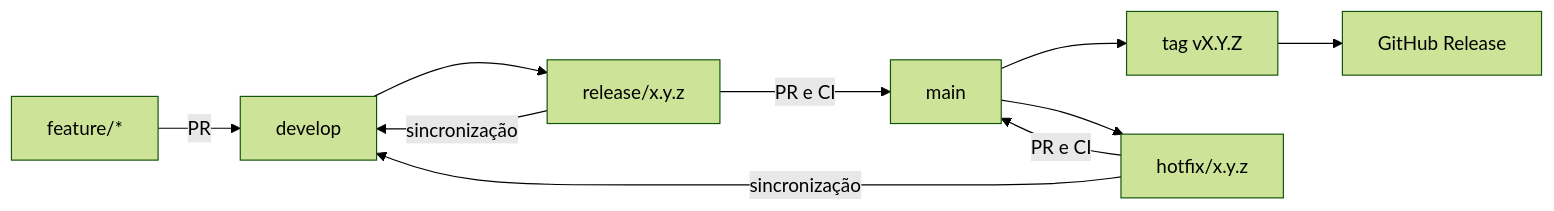
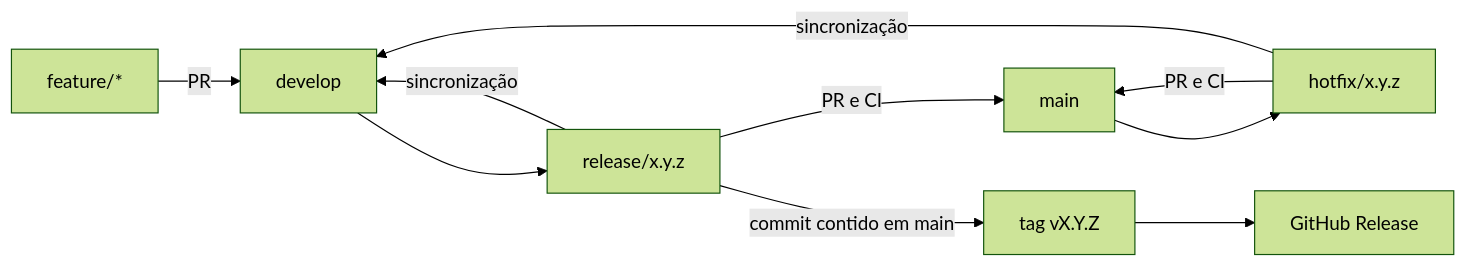
Before and after one commit to WilliamRochaJR/pay-flow: the diagram in docs/adr/0020-git-flow-environments-and-semantic-versioning.md, drawn with Mermaid (forest theme). The commit also changed other lines of this file and 6 other files, not shown here.

````diff
--- a/docs/adr/0020-git-flow-environments-and-semantic-versioning.md
+++ b/docs/adr/0020-git-flow-environments-and-semantic-versioning.md
@@ -37,12 +37,12 @@
 ```mermaid
 flowchart LR
     Feature[feature/*] -->|PR| Develop[develop]
     Develop --> Release[release/x.y.z]
     Release -->|PR e CI| Main[main]
-    Main --> Tag[tag vX.Y.Z]
+    Release -->|commit contido em main| Tag[tag vX.Y.Z]
     Tag --> GHRelease[GitHub Release]
     Release -->|sincronização| Develop
     Main --> Hotfix[hotfix/x.y.z]
     Hotfix -->|PR e CI| Main
     Hotfix -->|sincronização| Develop
 ```
````
